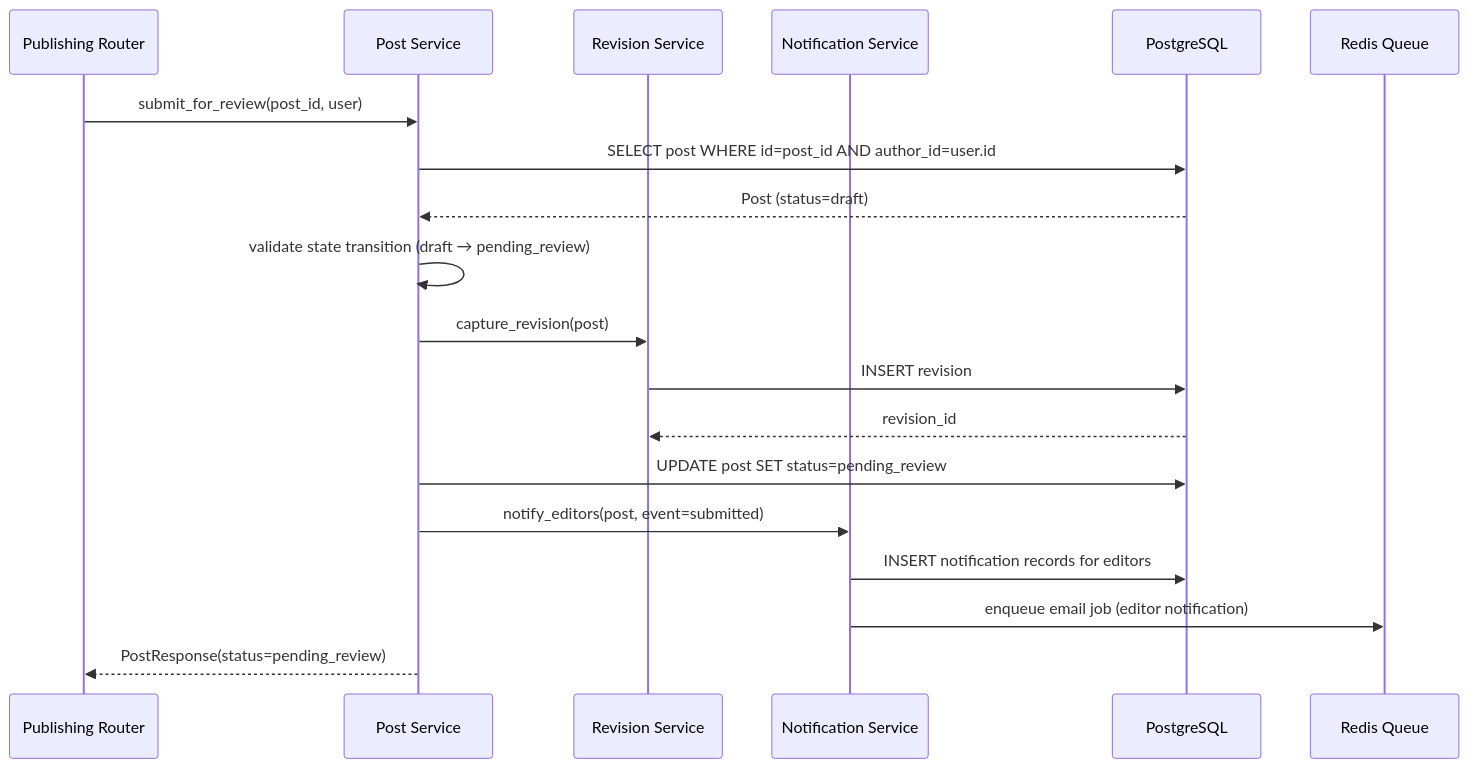
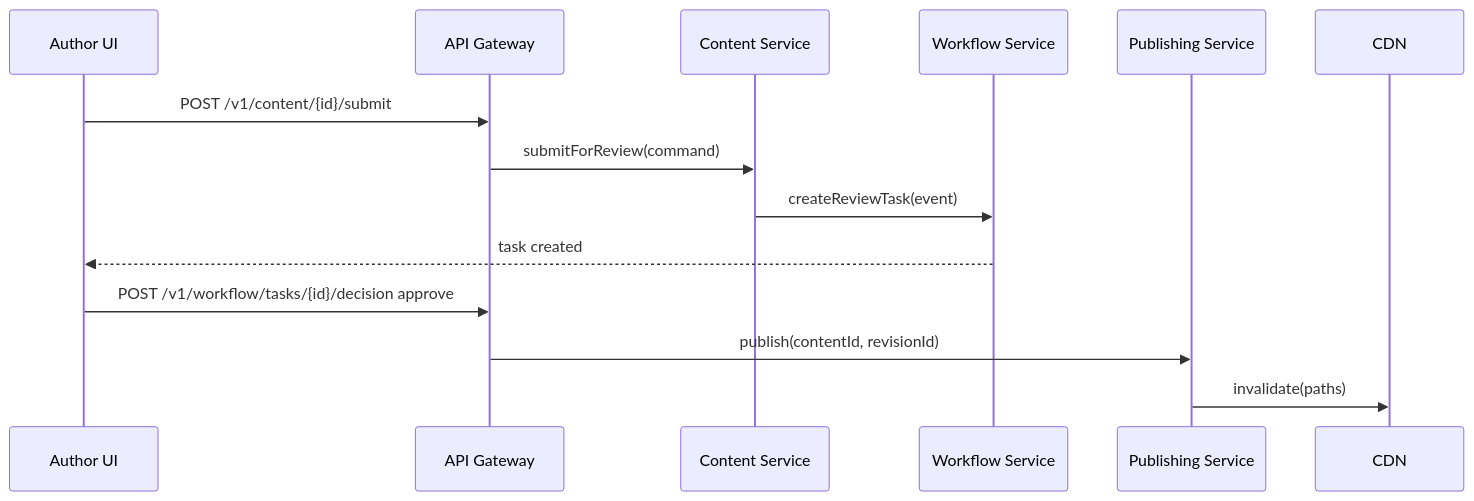
The third of 3 diagrams in Content Management System/detailed-design/sequence-diagrams.md (0Ankit0/Project-Ideas), drawn with Mermaid before and after one commit. The commit also changed other lines of this file and 35 other files, not shown here.

Commit message:
Deepen CMS docs with mermaid diagrams and implementation detail

````diff
--- a/Content Management System/detailed-design/sequence-diagrams.md
+++ b/Content Management System/detailed-design/sequence-diagrams.md
@@ -10,22 +35,16 @@
 ```mermaid
 sequenceDiagram
-    participant API as Publishing Router
-    participant PostSvc as Post Service
-    participant RevisionSvc as Revision Service
-    participant NotifySvc as Notification Service
-    participant DB as PostgreSQL
-    participant Queue as Redis Queue
-
-    API->>PostSvc: submit_for_review(post_id, user)
-    PostSvc->>DB: SELECT post WHERE id=post_id AND author_id=user.id
-    DB-->>PostSvc: Post (status=draft)
-    PostSvc->>PostSvc: validate state transition (draft → pending_review)
-    PostSvc->>RevisionSvc: capture_revision(post)
-    RevisionSvc->>DB: INSERT revision
-    DB-->>RevisionSvc: revision_id
-    PostSvc->>DB: UPDATE post SET status=pending_review
-    PostSvc->>NotifySvc: notify_editors(post, event=submitted)
-    NotifySvc->>DB: INSERT notification records for editors
-    NotifySvc->>Queue: enqueue email job (editor notification)
-    PostSvc-->>API: PostResponse(status=pending_review)
+    participant UI as Author UI
+    participant API as API Gateway
+    participant CS as Content Service
+    participant WF as Workflow Service
+    participant PUB as Publishing Service
+    participant CDN as CDN
+    UI->>API: POST /v1/content/{id}/submit
+    API->>CS: submitForReview(command)
+    CS->>WF: createReviewTask(event)
+    WF-->>UI: task created
+    UI->>API: POST /v1/workflow/tasks/{id}/decision approve
+    API->>PUB: publish(contentId, revisionId)
+    PUB->>CDN: invalidate(paths)
 ```
````
